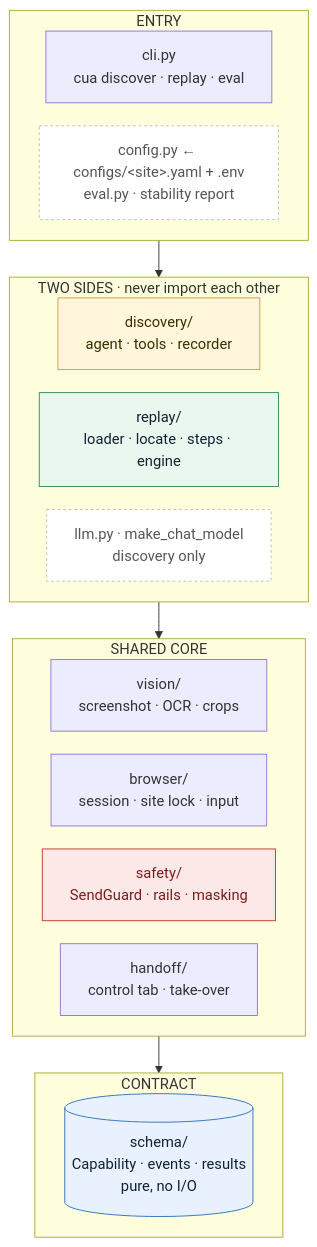
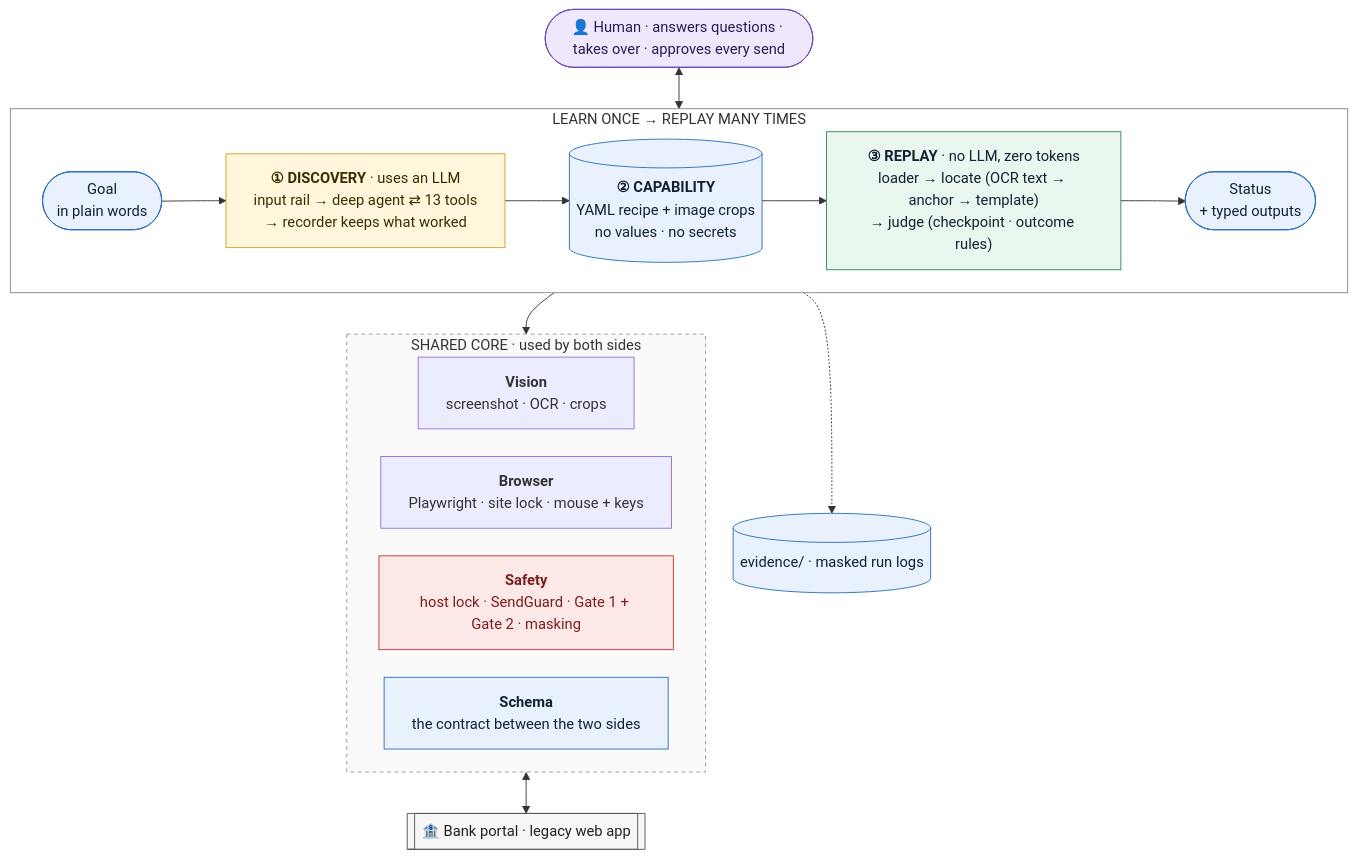
The first of 5 diagrams in README.md (Pratik-Prakash-Sannakki/TellerAI), drawn with Mermaid before and after one commit. The commit also changed other lines of this file, not shown here.

Commit message:
docs(readme): architecture = main, extended, flow, agent; drop abstract
Main architecture redrawn as three layers: human, learn-once/replay
pipeline, shared core + bank. Agent see-think-act diagram moved under
Architecture.

````diff
--- a/README.md
+++ b/README.md
@@ -76,32 +49,41 @@
 ```mermaid
-%%{init: {"flowchart": {"nodeSpacing": 25, "rankSpacing": 40}}}%%
+%%{init: {"flowchart": {"nodeSpacing": 30, "rankSpacing": 45, "wrappingWidth": 260}}}%%
 flowchart TB
-    subgraph ENTRY["ENTRY"]
+    HUMAN(["👤 Human · answers questions · takes over · approves every send"]):::human
+
+    subgraph PIPE["LEARN ONCE → REPLAY MANY TIMES"]
         direction LR
-        CLI["cli.py<br/>cua discover · replay · eval"]
-        NOTE1["config.py ← configs/&lt;site&gt;.yaml + .env<br/>eval.py · stability report"]:::note
+        GOAL(["Goal<br/>in plain words"]):::io
+        DISC["<b>① DISCOVERY</b> · uses an LLM<br/>input rail → deep agent ⇄ 13 tools<br/>→ recorder keeps what worked"]:::disc
+        CAP[("<b>② CAPABILITY</b><br/>YAML recipe + image crops<br/>no values · no secrets")]:::data
+        REP["<b>③ REPLAY</b> · no LLM, zero tokens<br/>loader → locate (OCR text → anchor → template)<br/>→ judge (checkpoint · outcome rules)"]:::rep
+        OUT(["Status<br/>+ typed outputs"]):::io
+        GOAL --> DISC --> CAP --> REP --> OUT
     end
-    subgraph SIDES["TWO SIDES · never import each other"]
+
+    subgraph CORE["SHARED CORE · used by both sides"]
         direction LR
-        DISC["discovery/<br/>agent · tools · recorder"]:::disc
-        REP["replay/<br/>loader · locate · steps · engine"]:::rep
-        NOTE2["llm.py · make_chat_model<br/>discovery only"]:::note
+        VIS["<b>Vision</b><br/>screenshot · OCR · crops"]
+        BRW["<b>Browser</b><br/>Playwright · site lock · mouse + keys"]
+        SAFE["<b>Safety</b><br/>host lock · SendGuard · Gate 1 + Gate 2 · masking"]:::guard
+        SCH["<b>Schema</b><br/>the contract between the two sides"]:::data
     end
-    subgraph CORE["SHARED CORE"]
-        direction LR
-        V["vision/<br/>screenshot · OCR · crops"]
-        BR["browser/<br/>session · site lock · input"]
-        S["safety/<br/>SendGuard · rails · masking"]:::guard
-        HO["handoff/<br/>control tab · take-over"]
-    end
-    subgraph BASE["CONTRACT"]
-        SC[("schema/<br/>Capability · events · results<br/>pure, no I/O")]:::data
-    end
-    ENTRY --> SIDES --> CORE --> BASE
 
+    BANK[["🏦 Bank portal · legacy web app"]]:::bank
+    EVID[("evidence/ · masked run logs")]:::data
+
+    HUMAN <--> PIPE
+    PIPE --> CORE
+    BRW <--> BANK
+    PIPE -.-> EVID
+
+    classDef io fill:#e8f1fd,stroke:#2c6fbb,color:#123
+    classDef data fill:#e8f1fd,stroke:#2c6fbb,color:#123
     classDef disc fill:#fff6db,stroke:#c9a227,color:#3a2e00
     classDef rep fill:#e9f7ef,stroke:#2e8b57,color:#123
     classDef guard fill:#fde8e8,stroke:#c0392b,color:#7b1d1d
-    classDef data fill:#e8f1fd,stroke:#2c6fbb,color:#123
-    classDef note fill:#ffffff,stroke:#bbb,stroke-dasharray:3 3,color:#555
+    classDef human fill:#efe8fd,stroke:#6c4bb6,color:#2a1a55
+    classDef bank fill:#f6f6f6,stroke:#555,color:#222
+    style PIPE fill:#ffffff,stroke:#888
+    style CORE fill:#fafafa,stroke:#999,stroke-dasharray:4 4
 ```
````
